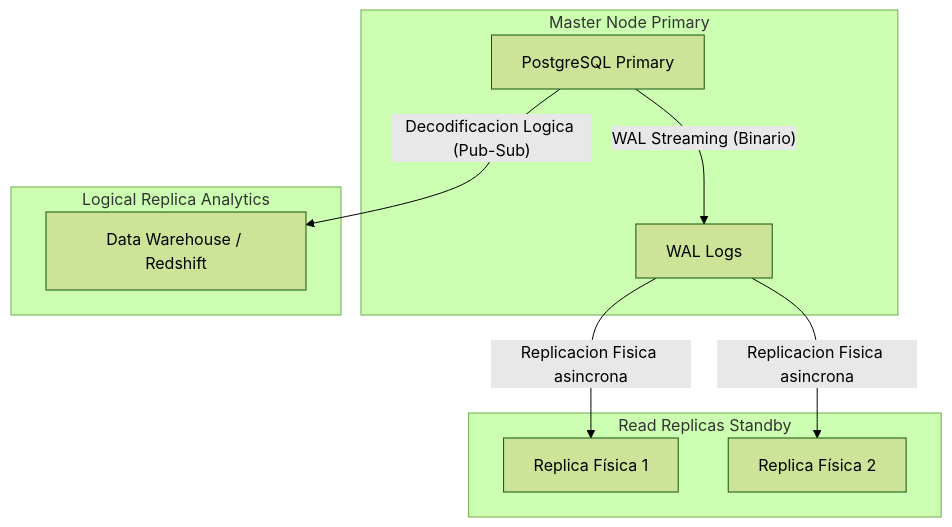
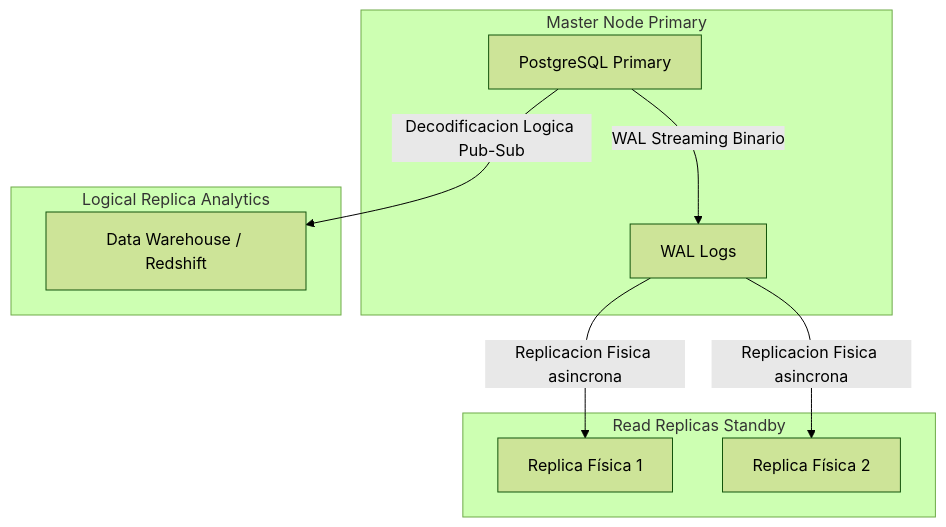
One commit to gjpierp/nmergeia changed the diagram in public/docs/fr/postgres_experto.md. Above: the diagram before and after it, drawn with Mermaid (forest theme). The commit also changed 88 other files, not shown here.

Commit message:
fix(mermaid & headings): estandarizar títulos removiendo Resumen Ejecutivo de encabezados H2 y corregir sintaxis de paréntesis en conectores de enlace de 55 diagramas Mermaid en los 7 idiomas

````diff
--- a/public/docs/fr/postgres_experto.md
+++ b/public/docs/fr/postgres_experto.md
@@ -34,18 +34,18 @@
 ```mermaid
 flowchart TD
 subgraph primary_node ["Master Node Primary"]
 P["PostgreSQL Primary"]
 WAL["WAL Logs"]
 end
 subgraph standby_node ["Read Replicas Standby"]
 S1["Replica Física 1"]
 S2["Replica Física 2"]
 end
 subgraph analytics_node ["Logical Replica Analytics"]
 L1["Data Warehouse / Redshift"]
 end
-P -->|"WAL Streaming (Binario)"| WAL
+P -->|"WAL Streaming Binario "| WAL
 WAL -->|"Replicacion Fisica asincrona"| S1
 WAL -->|"Replicacion Fisica asincrona"| S2
-P -->|"Decodificacion Logica (Pub-Sub)"| L1
+P -->|"Decodificacion Logica Pub-Sub "| L1
 ```
````
